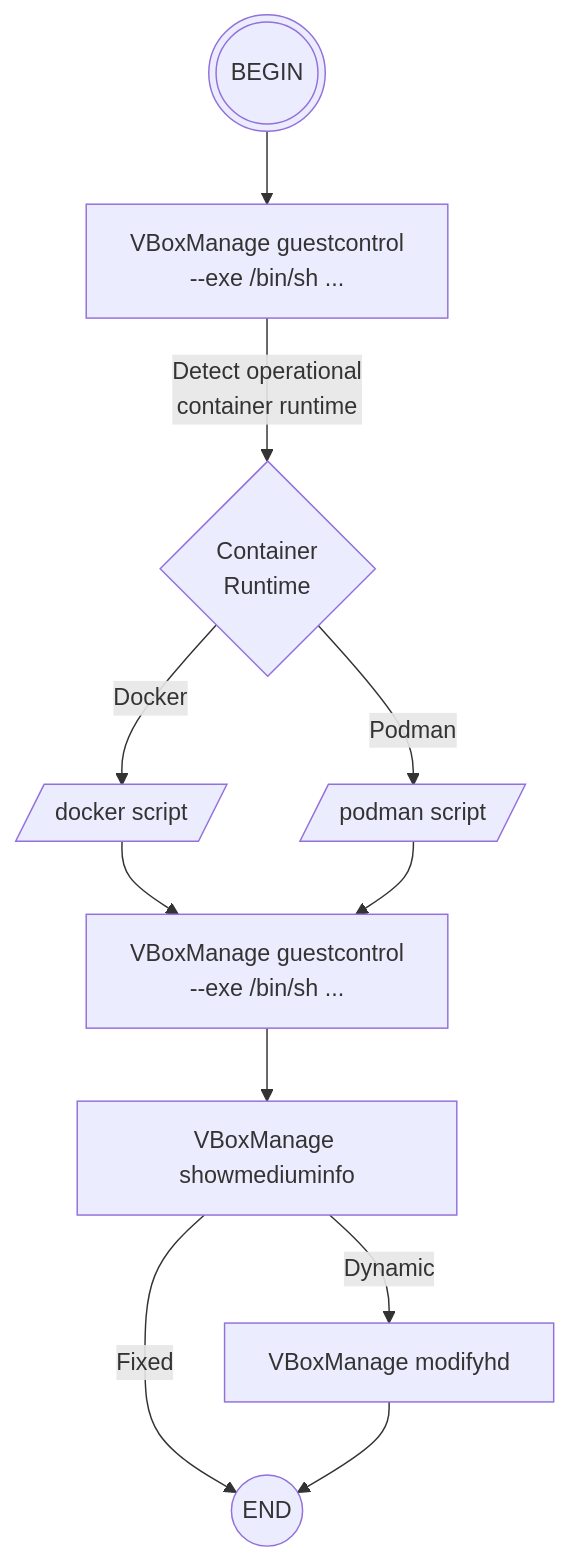
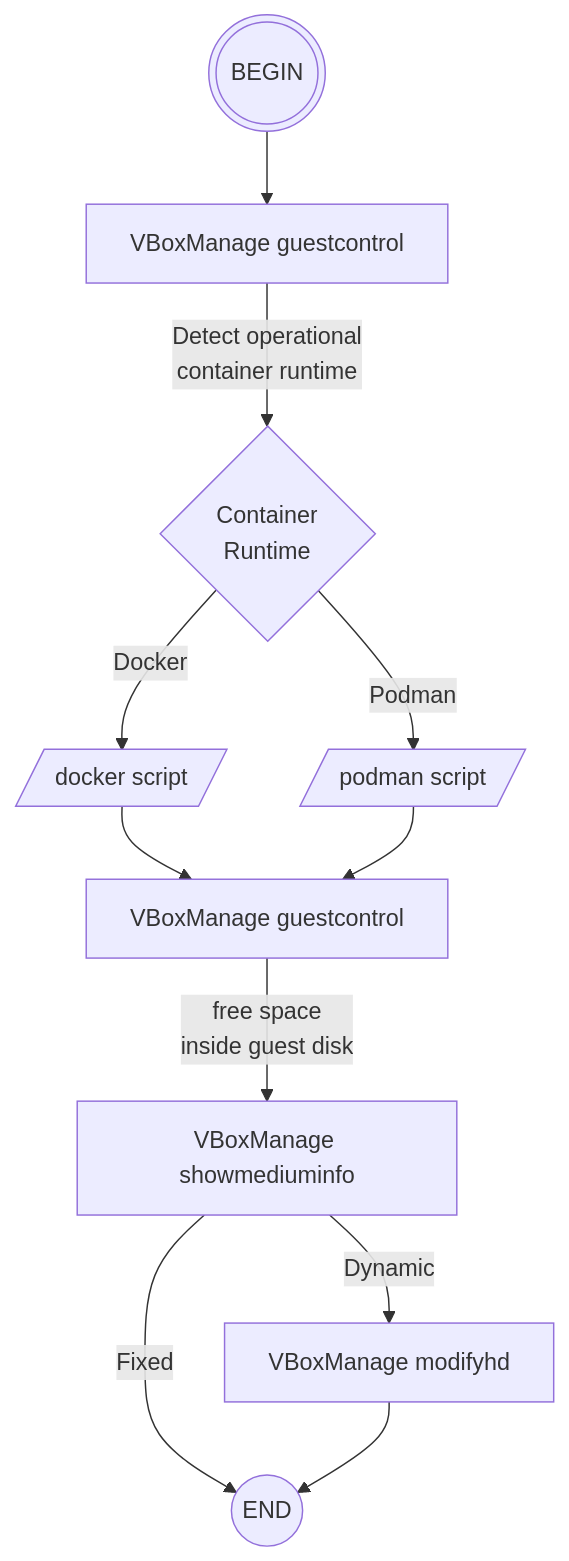
Before and after one commit to sergueik/powershell_samples: the second of 2 diagrams in external/csharp/basic-wsl_manager/README.md, drawn with Mermaid. The commit also changed other lines of this file and 27 other files, not shown here.

Commit message:
intermediate revision - updated the project directory structure and updated the flow in README.md

````diff
--- a/external/csharp/basic-wsl_manager/README.md
+++ b/external/csharp/basic-wsl_manager/README.md
@@ -482,25 +481,30 @@
 ```mermaid
 
 flowchart TB
-BEGIN(((BEGIN)))
-END((END))
-RUNTIME{Container<br/>Runtime}
-VBMANAGE1["VBoxManage showmediuminfo"]
-VBMANAGE2["VBoxManage modifyhd"]
-SCRIPT1[/"docker script"/]
-SCRIPT2[/"podman script"/]
+  BEGIN(((BEGIN)))
+  END((END))
 
-GUESTCTRL1["VBoxManage guestcontrol<br/>--exe /bin/sh ..."]
-GUESTCTRL2["VBoxManage guestcontrol<br/>--exe /bin/sh ..."]
+  RUNTIME{Container<br/>Runtime}
 
-  
-BEGIN --> GUESTCTRL1 
-GUESTCTRL1 -- "Detect operational<br/>container runtime" --> RUNTIME
-RUNTIME -- Docker --> SCRIPT1
-RUNTIME -- Podman --> SCRIPT2
-SCRIPT1 --> GUESTCTRL2
-SCRIPT2 --> GUESTCTRL2
-GUESTCTRL2 --> VBMANAGE1
-VBMANAGE1 -- Fixed --> END
-VBMANAGE1 -- Dynamic --> VBMANAGE2 --> END
+  SCRIPT1[/"docker script"/]
+  SCRIPT2[/"podman script"/]
+
+
+  GUESTCTRL1["VBoxManage guestcontrol"]
+  GUESTCTRL2["VBoxManage guestcontrol"]
+  VBMANAGE1["VBoxManage showmediuminfo"]
+  VBMANAGE2["VBoxManage modifyhd"]
+
+  BEGIN --> GUESTCTRL1
+  GUESTCTRL1 -- "Detect operational<br/>container runtime" --> RUNTIME
+
+  RUNTIME -- Docker --> SCRIPT1
+  RUNTIME -- Podman --> SCRIPT2
+
+  SCRIPT1 --> GUESTCTRL2
+  SCRIPT2 --> GUESTCTRL2
+
+  GUESTCTRL2 -- "free space<br/>inside guest disk" --> VBMANAGE1
+  VBMANAGE1 -- Fixed --> END
+  VBMANAGE1 -- Dynamic --> VBMANAGE2 --> END
 ```
````
